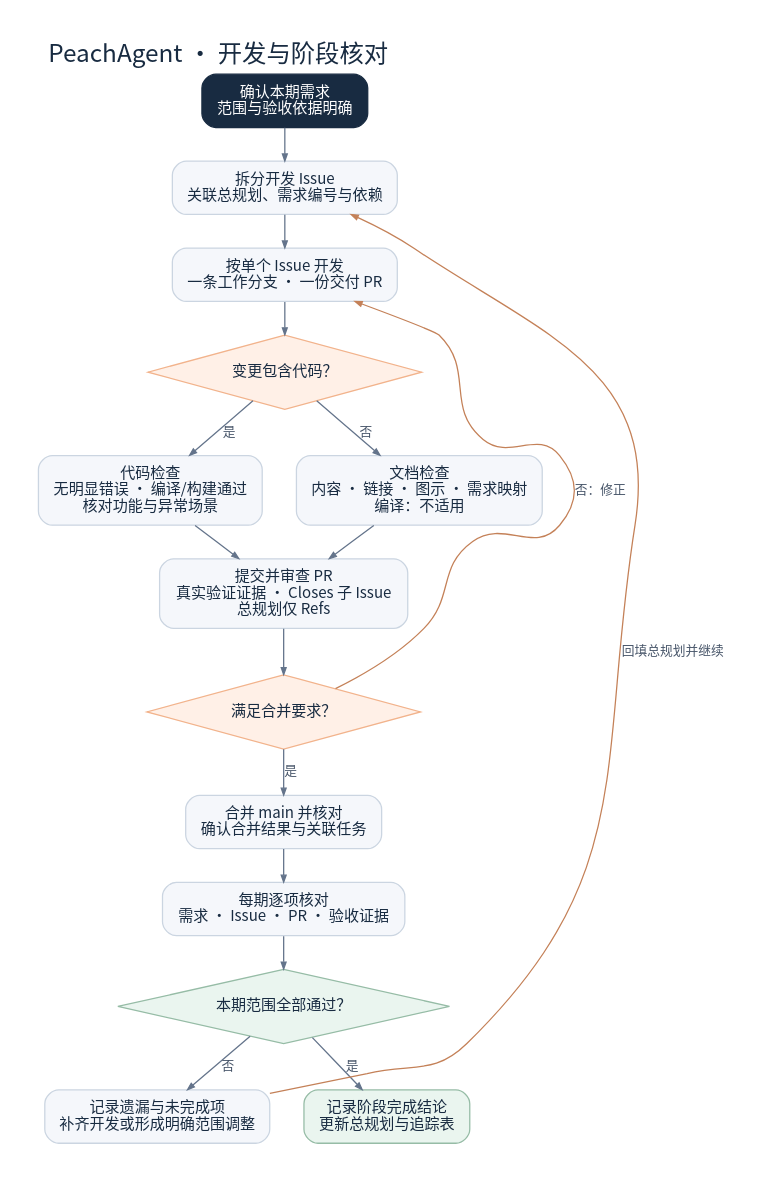
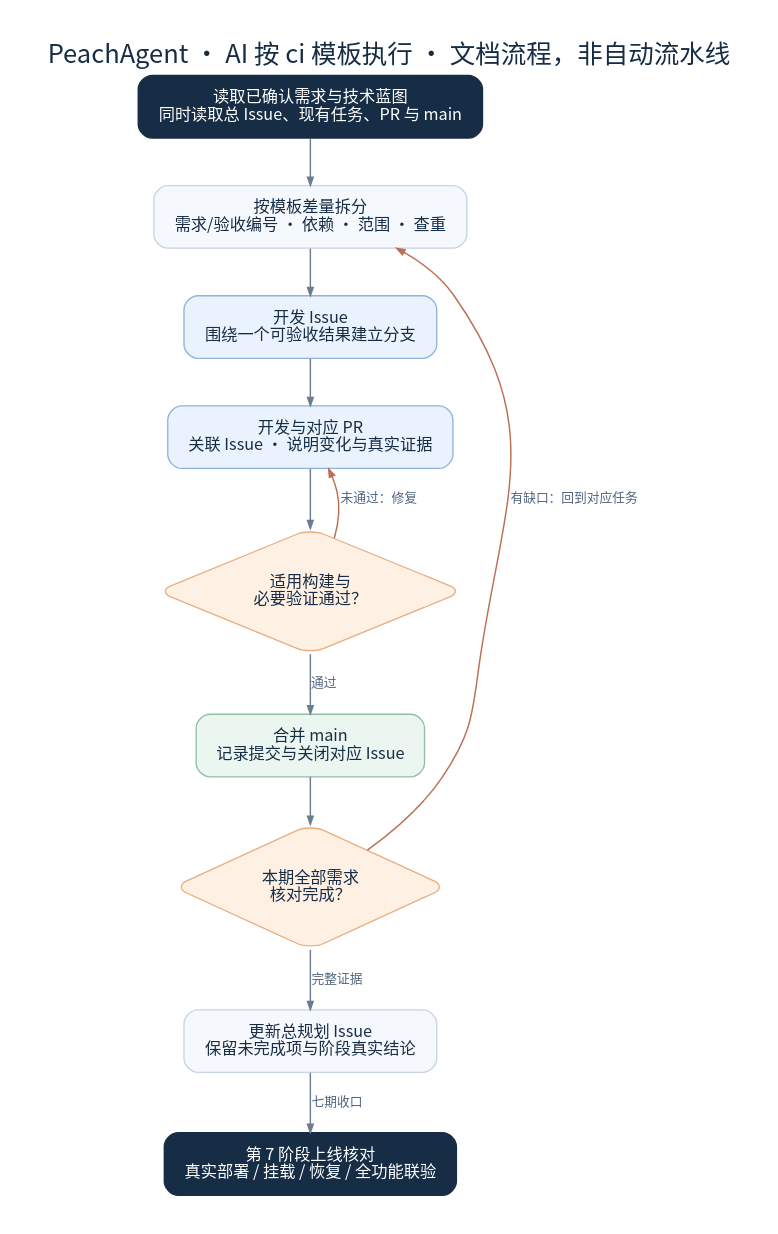
One commit to Ryan-Guizhou/PeachAgent changed the diagram in image/development-flow.dot. Above: the diagram before and after it, drawn with Graphviz. The commit also changed 49 other files, not shown here.

First line of the commit message:
docs: 完善四域架构、动态插件与七阶段交付蓝图 (#5)

```diff
--- a/image/development-flow.dot
+++ b/image/development-flow.dot
@@ -1,35 +1,27 @@
-digraph DevelopmentFlow {
-  graph [rankdir=TB, bgcolor="#FFFFFF", pad=0.35, nodesep=0.4, ranksep=0.38,
-    fontname="Noto Sans CJK SC", fontsize=21, fontcolor="#182B41",
-    label="PeachAgent · 开发与阶段核对", labelloc=t, labeljust=l];
-  node [shape=box, style="rounded,filled", fontname="Noto Sans CJK SC",
-    fontsize=13, color="#CBD5E1", fillcolor="#F5F7FB", fontcolor="#182B41",
-    margin="0.19,0.12", penwidth=1.1];
-  edge [color="#64748B", arrowsize=0.6, penwidth=1.1, fontname="Noto Sans CJK SC",
-    fontsize=11, fontcolor="#475569"];
-  scope [label="确认本期需求\n范围与验收依据明确", fillcolor="#182B41", fontcolor="#FFFFFF", color="#182B41"];
-  issue [label="拆分开发 Issue\n关联总规划、需求编号与依赖"];
-  work [label="按单个 Issue 开发\n一条工作分支 · 一份交付 PR"];
-  kind [label="变更包含代码？", shape=diamond, style=filled, fillcolor="#FFF0E7", color="#F2B38C"];
-  code [label="代码检查\n无明显错误 · 编译/构建通过\n核对功能与异常场景"];
-  docs [label="文档检查\n内容 · 链接 · 图示 · 需求映射\n编译：不适用"];
-  pr [label="提交并审查 PR\n真实验证证据 · Closes 子 Issue\n总规划仅 Refs"];
-  pass [label="满足合并要求？", shape=diamond, style=filled, fillcolor="#FFF0E7", color="#F2B38C"];
-  merge [label="合并 main 并核对\n确认合并结果与关联任务"];
-  review [label="每期逐项核对\n需求 · Issue · PR · 验收证据"];
-  complete [label="本期范围全部通过？", shape=diamond, style=filled, fillcolor="#EAF5EF", color="#96BCA6"];
-  gap [label="记录遗漏与未完成项\n补齐开发或形成明确范围调整"];
-  done [label="记录阶段完成结论\n更新总规划与追踪表", fillcolor="#EAF5EF", color="#96BCA6"];
-  scope -> issue -> work -> kind;
-  kind -> code [label="是"];
-  kind -> docs [label="否"];
-  code -> pr;
-  docs -> pr;
-  pr -> pass;
-  pass -> work [label="否：修正", constraint=false, color="#C48158"];
-  pass -> merge [label="是"];
-  merge -> review -> complete;
-  complete -> gap [label="否"];
-  complete -> done [label="是"];
-  gap -> issue [label="回填总规划并继续", constraint=false, color="#C48158"];
+digraph PeachAgent {
+  graph [rankdir=TB, bgcolor="#FFFFFF", pad=0.35, nodesep=0.42, ranksep=0.55,
+    fontname="Noto Sans CJK SC", fontsize=22, fontcolor="#172D45", labelloc=t, labeljust=l];
+  node [shape=box, style="rounded,filled", fontname="Noto Sans CJK SC", fontsize=14,
+    color="#C8D4E2", fillcolor="#F5F8FC", fontcolor="#172D45", margin="0.22,0.16", penwidth=1.15];
+  edge [color="#6A7D93", arrowsize=0.7, fontname="Noto Sans CJK SC", fontsize=11,
+    fontcolor="#50657E", penwidth=1.25];
+  graph [label="PeachAgent · AI 按 ci 模板执行 · 文档流程，非自动流水线"];
+
+  baseline [label="读取已确认需求与技术蓝图\n同时读取总 Issue、现有任务、PR 与 main", fillcolor="#172D45", fontcolor="white", color="#172D45"];
+  split [label="按模板差量拆分\n需求/验收编号 · 依赖 · 范围 · 查重"];
+  issue [label="开发 Issue\n围绕一个可验收结果建立分支", fillcolor="#EAF2FD", color="#91B3D7"];
+  dev [label="开发与对应 PR\n关联 Issue · 说明变化与真实证据", fillcolor="#EAF2FD", color="#91B3D7"];
+  gate [shape=diamond, label="适用构建与\n必要验证通过？", fillcolor="#FFF0E4", color="#E8AE7F"];
+  merge [label="合并 main\n记录提交与关闭对应 Issue", fillcolor="#EAF6EF", color="#92BEA5"];
+  phase [shape=diamond, label="本期全部需求\n核对完成？", fillcolor="#FFF0E4", color="#E8AE7F"];
+  summary [label="更新总规划 Issue\n保留未完成项与阶段真实结论"];
+  release [label="第 7 阶段上线核对\n真实部署 / 挂载 / 恢复 / 全功能联验", fillcolor="#172D45", fontcolor="white", color="#172D45"];
+  baseline -> split -> issue -> dev -> gate;
+  gate -> dev [label="未通过：修复", constraint=false, color="#BC6F55"];
+  gate -> merge [label="通过"];
+  merge -> phase;
+  phase -> split [label="有缺口：回到对应任务", constraint=false, color="#BC6F55"];
+  phase -> summary [label="完整证据"];
+  summary -> release [label="七期收口"];
+
 }
```
